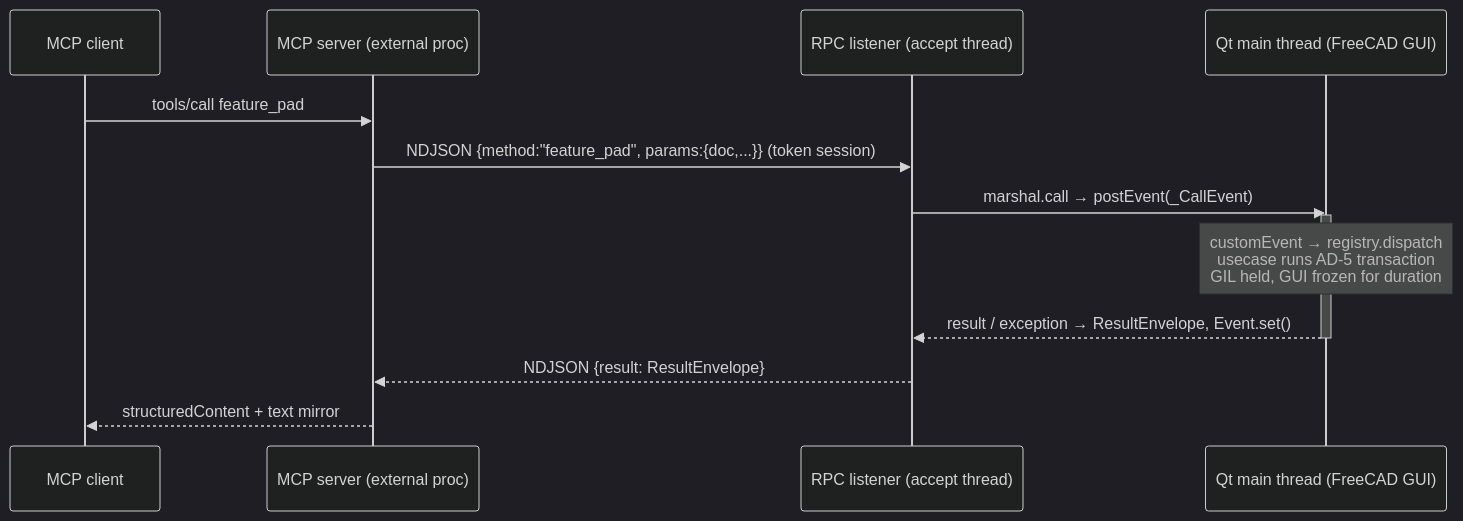
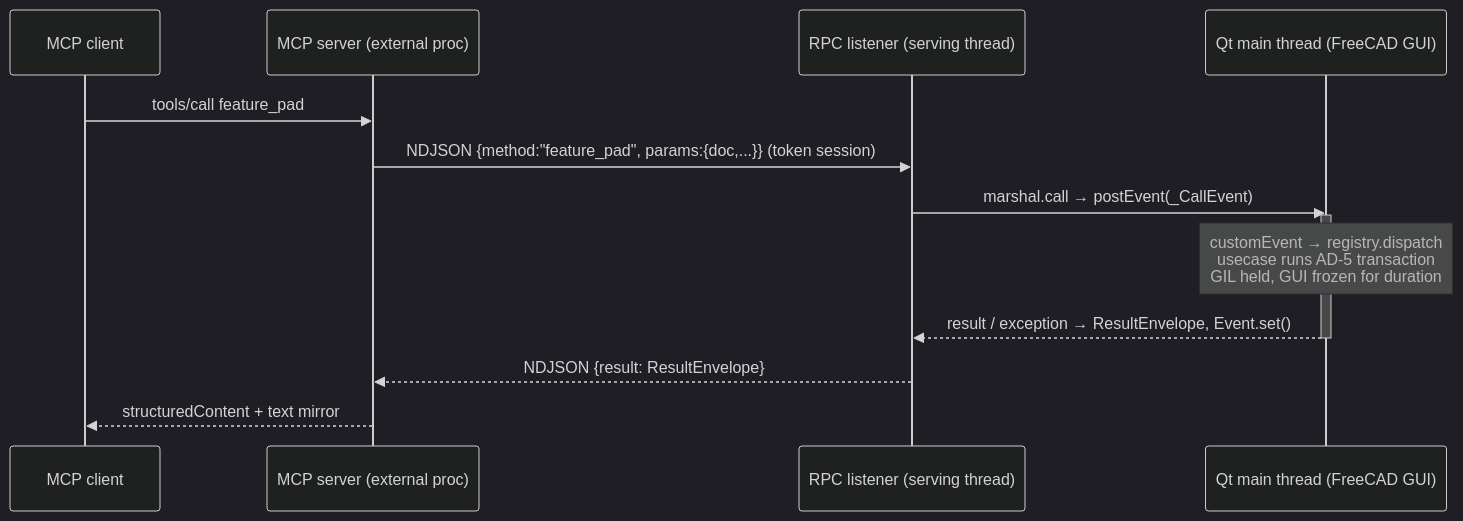
Before and after one commit to robotics-playground/freecad-buddy: the diagram in _bmad-output/planning-artifacts/architecture/architecture-freecad-buddy-2026-07-21/design/integration-mcp-freecad.md, drawn with Mermaid (dark theme). The commit also changed other lines of this file and 12 other files, not shown here.

````diff
--- a/_bmad-output/planning-artifacts/architecture/architecture-freecad-buddy-2026-07-21/design/integration-mcp-freecad.md
+++ b/_bmad-output/planning-artifacts/architecture/architecture-freecad-buddy-2026-07-21/design/integration-mcp-freecad.md
@@ -225,16 +234,16 @@
 ```mermaid
 sequenceDiagram
     participant C as MCP client
     participant F as MCP server (external proc)
-    participant L as RPC listener (accept thread)
+    participant L as RPC listener (serving thread)
     participant Q as Qt main thread (FreeCAD GUI)
     C->>F: tools/call feature_pad
     F->>L: NDJSON {method:"feature_pad", params:{doc,...}}  (token session)
     L->>Q: marshal.call → postEvent(_CallEvent)
     activate Q
     Note over Q: customEvent → registry.dispatch<br/>usecase runs AD-5 transaction<br/>GIL held, GUI frozen for duration
     Q-->>L: result / exception → ResultEnvelope, Event.set()
     deactivate Q
     L-->>F: NDJSON {result: ResultEnvelope}
     F-->>C: structuredContent + text mirror
 ```
````
